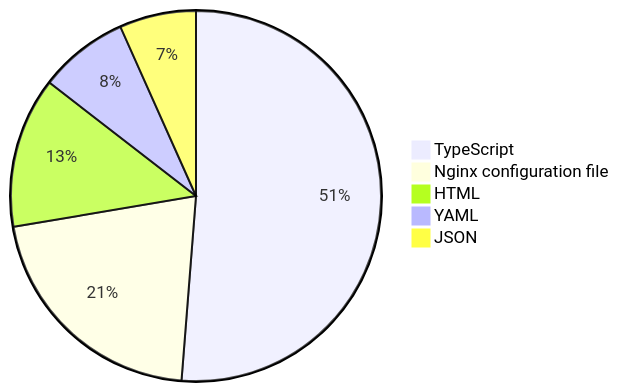
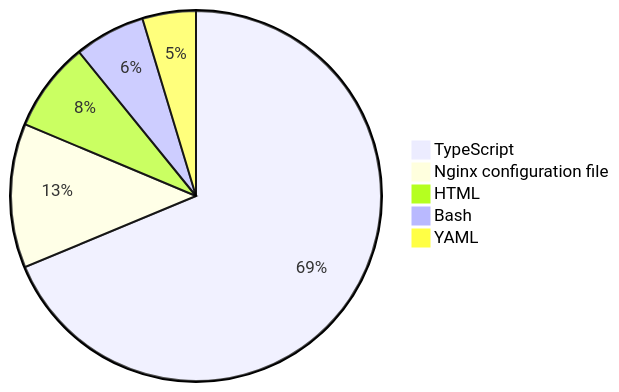
Before and after one commit to skvggor/skvggor: the diagram in README.md, drawn with Mermaid.

Commit message:
Updated waka-readme graph with new metrics

````diff
--- a/README.md
+++ b/README.md
@@ -28,8 +28,8 @@
 ```mermaid
 pie
-    "TypeScript" : 45.2
-    "Nginx configuration file" : 18.6
-    "HTML" : 11.6
-    "YAML" : 6.9
-    "JSON" : 5.9
+    "TypeScript" : 63.3
+    "Nginx configuration file" : 11.6
+    "HTML" : 7.2
+    "Bash" : 5.7
+    "YAML" : 4.3
 ```
````
